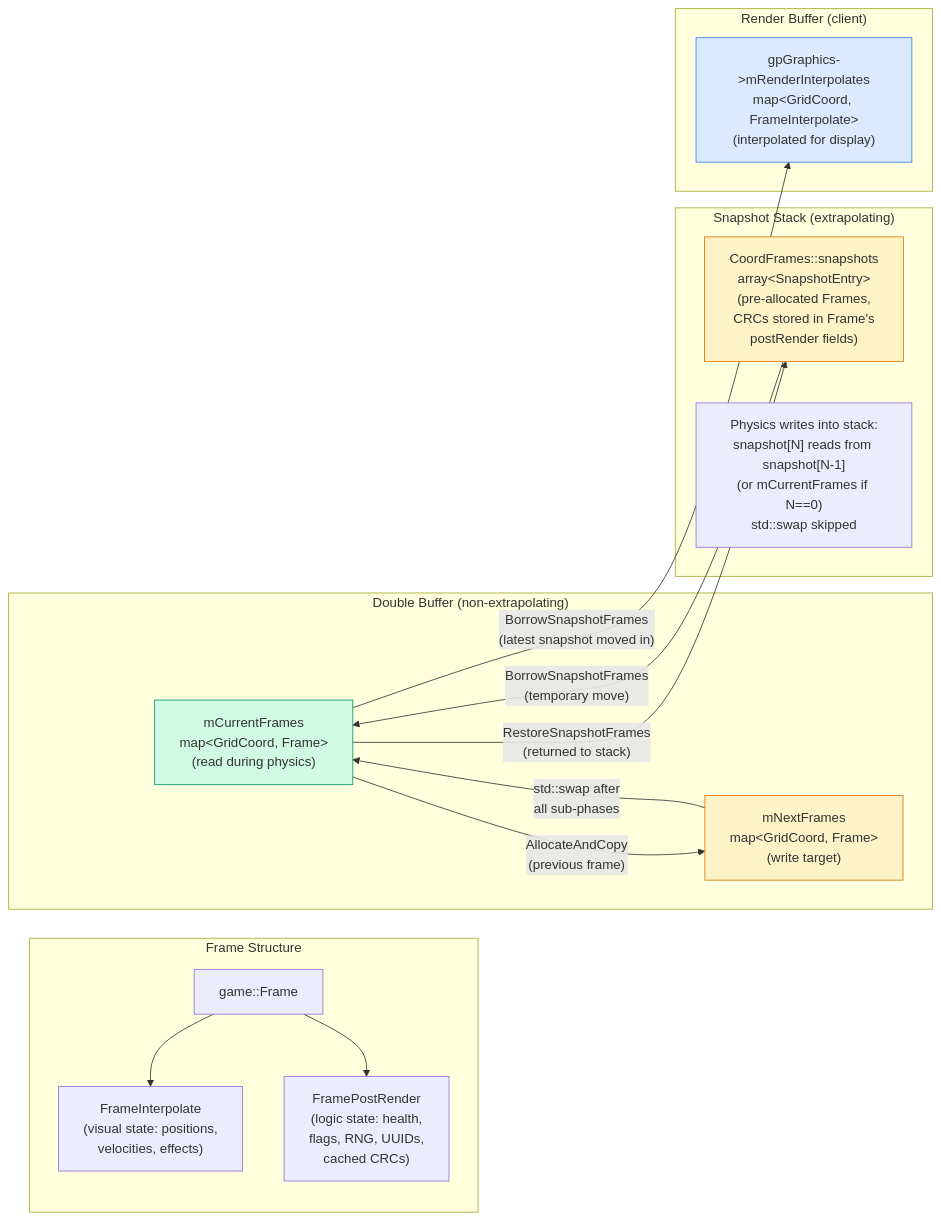
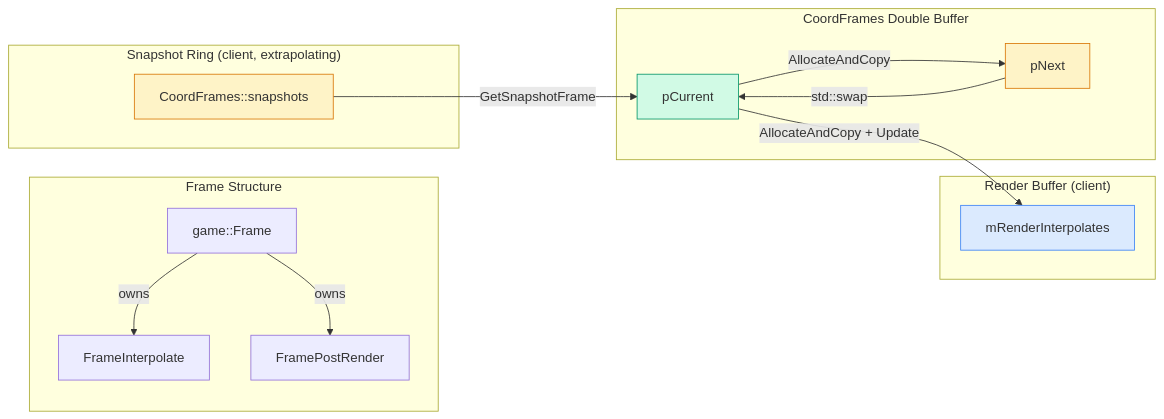
Before and after one commit to DougTanner/BrokenEnginePublic: the fourth of 5 diagrams in Documents/Architecture/FrameUpdatePipeline.md, drawn with Mermaid. The commit also changed other lines of this file and 66 other files, not shown here.

````diff
--- a/Documents/Architecture/FrameUpdatePipeline.md
+++ b/Documents/Architecture/FrameUpdatePipeline.md
@@ -157,35 +149,33 @@
 ```mermaid
 %%{init: {'theme': 'default'}}%%
 flowchart LR
     classDef current fill:#d1fae5,stroke:#059669
     classDef next fill:#fef3c7,stroke:#d97706
     classDef render fill:#dbeafe,stroke:#3b82f6
 
     subgraph frame_struct ["Frame Structure"]
         frame["game::Frame"]
-        fi["FrameInterpolate<br/>(visual state: positions,<br/>velocities, effects)"]
-        fpr["FramePostRender<br/>(logic state: health,<br/>flags, RNG, UUIDs,<br/>cached CRCs)"]
-        frame --> fi
-        frame --> fpr
+        fi["FrameInterpolate"]
+        fpr["FramePostRender"]
+        frame -->|owns| fi
+        frame -->|owns| fpr
     end
 
-    subgraph buffers ["Double Buffer (non-extrapolating)"]
-        current["mCurrentFrames<br/>map&lt;GridCoord, Frame&gt;<br/>(read during physics)"]:::current
-        next_buf["mNextFrames<br/>map&lt;GridCoord, Frame&gt;<br/>(write target)"]:::next
+    subgraph buffers ["CoordFrames Double Buffer"]
+        current["pCurrent"]:::current
+        next_buf["pNext"]:::next
     end
 
-    subgraph snapshot_buf ["Snapshot Stack (extrapolating)"]
-        snap_stack["CoordFrames::snapshots<br/>array&lt;SnapshotEntry&gt;<br/>(pre-allocated Frames,<br/>CRCs stored in Frame's<br/>postRender fields)"]:::next
-        snap_note["Physics writes into stack:<br/>snapshot[N] reads from snapshot[N-1]<br/>(or mCurrentFrames if N==0)<br/>std::swap skipped"]
+    subgraph snapshot_buf ["Snapshot Ring (client, extrapolating)"]
+        snap_stack["CoordFrames::snapshots"]:::next
     end
 
     subgraph render_buf ["Render Buffer (client)"]
-        render_interp["gpGraphics->mRenderInterpolates<br/>map&lt;GridCoord, FrameInterpolate&gt;<br/>(interpolated for display)"]:::render
+        render_interp["mRenderInterpolates"]:::render
     end
 
-    current -->|"AllocateAndCopy<br/>(previous frame)"| next_buf
-    next_buf -->|"std::swap after<br/>all sub-phases"| current
-    current -->|"BorrowSnapshotFrames<br/>(latest snapshot moved in)"| render_interp
-    snap_stack -->|"BorrowSnapshotFrames<br/>(temporary move)"| current
-    current -->|"RestoreSnapshotFrames<br/>(returned to stack)"| snap_stack
+    current -->|"AllocateAndCopy"| next_buf
+    next_buf -->|"std::swap"| current
+    current -->|"AllocateAndCopy + Update"| render_interp
+    snap_stack -->|"GetSnapshotFrame"| current
 ```
````
